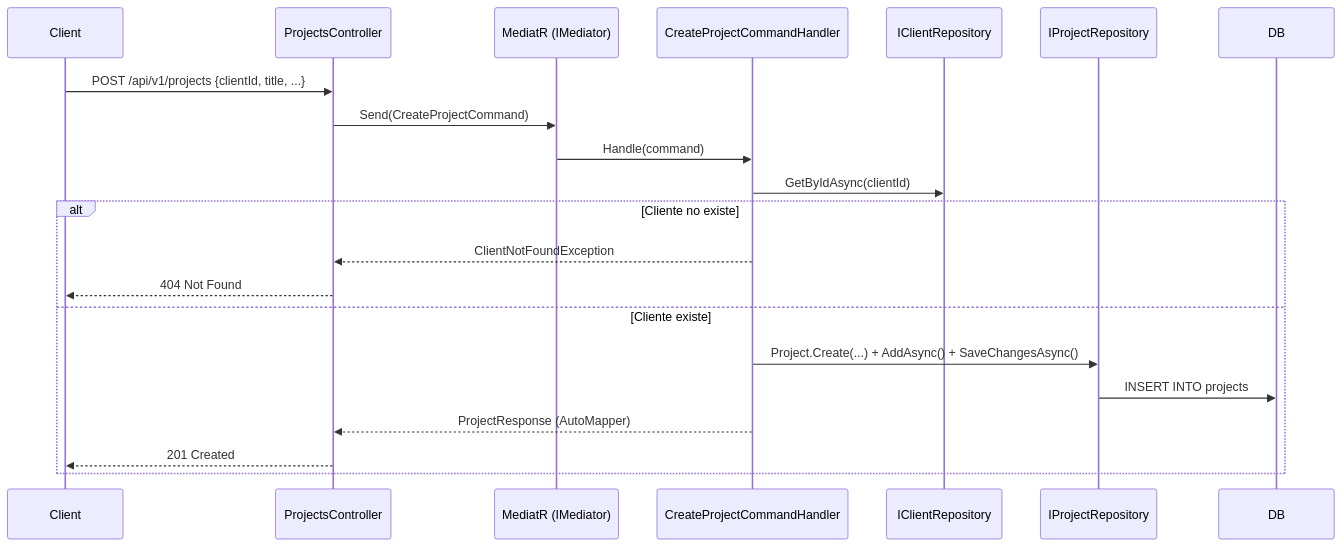
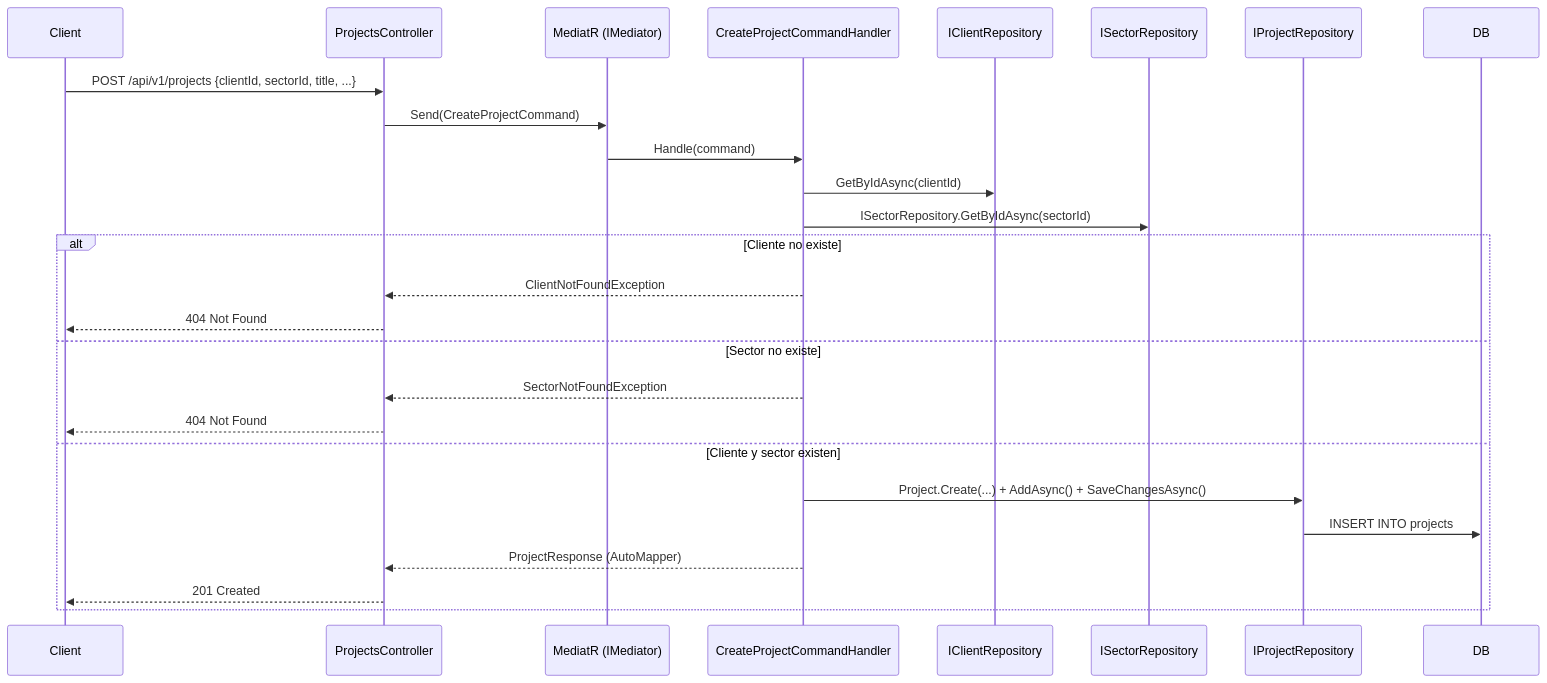
One commit to ebugedo/poc-sdd-net-core-api changed the fifth of 8 diagrams in design/flows/system-flows.md. Above: the diagram before and after it, drawn with Mermaid. The commit also changed other lines of this file and 46 other files, not shown here.

````diff
--- a/design/flows/system-flows.md
+++ b/design/flows/system-flows.md
@@ -103,24 +104,29 @@
 ```mermaid
 sequenceDiagram
     participant Client
     participant API as ProjectsController
     participant Mediator as MediatR (IMediator)
     participant Handler as CreateProjectCommandHandler
     participant Clients as IClientRepository
+    participant Sectors as ISectorRepository
     participant Repo as IProjectRepository
     participant DB
 
-    Client->>API: POST /api/v1/projects {clientId, title, ...}
+    Client->>API: POST /api/v1/projects {clientId, sectorId, title, ...}
     API->>Mediator: Send(CreateProjectCommand)
     Mediator->>Handler: Handle(command)
     Handler->>Clients: GetByIdAsync(clientId)
+    Handler->>Sectors: ISectorRepository.GetByIdAsync(sectorId)
     alt Cliente no existe
         Handler-->>API: ClientNotFoundException
         API-->>Client: 404 Not Found
-    else Cliente existe
+    else Sector no existe
+        Handler-->>API: SectorNotFoundException
+        API-->>Client: 404 Not Found
+    else Cliente y sector existen
         Handler->>Repo: Project.Create(...) + AddAsync() + SaveChangesAsync()
         Repo->>DB: INSERT INTO projects
         Handler-->>API: ProjectResponse (AutoMapper)
         API-->>Client: 201 Created
     end
 ```
````
